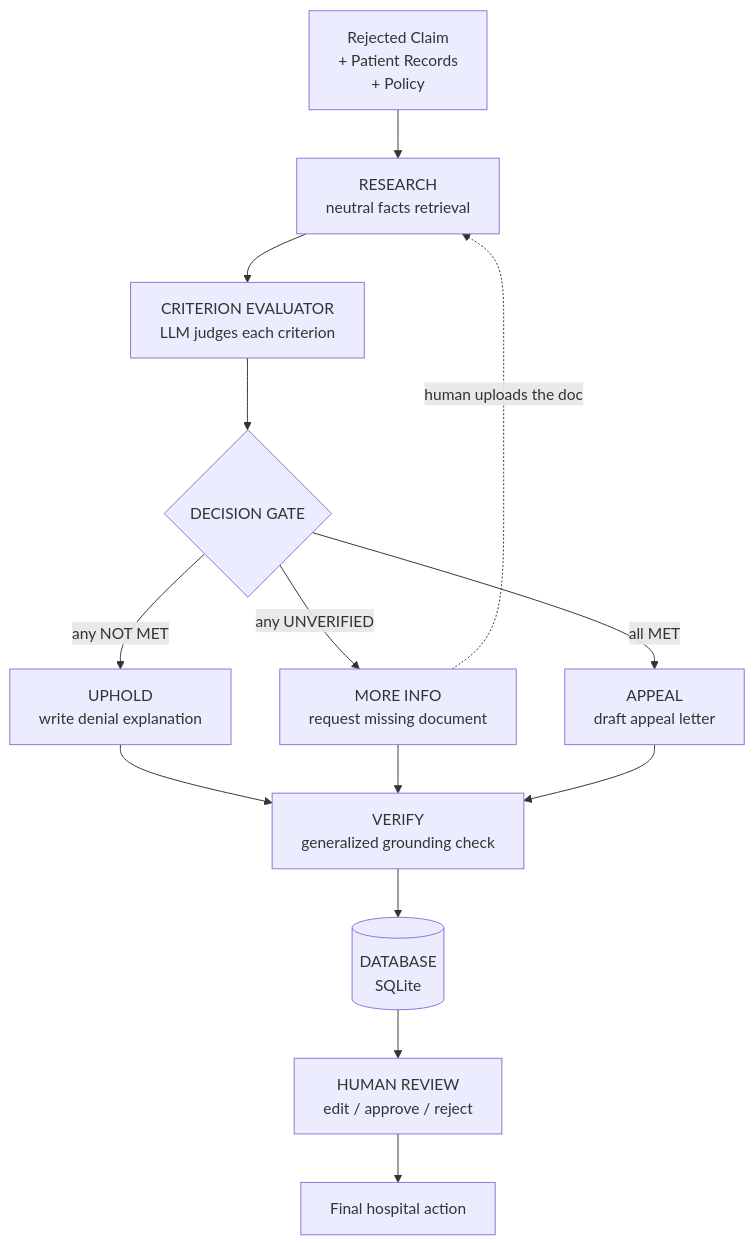
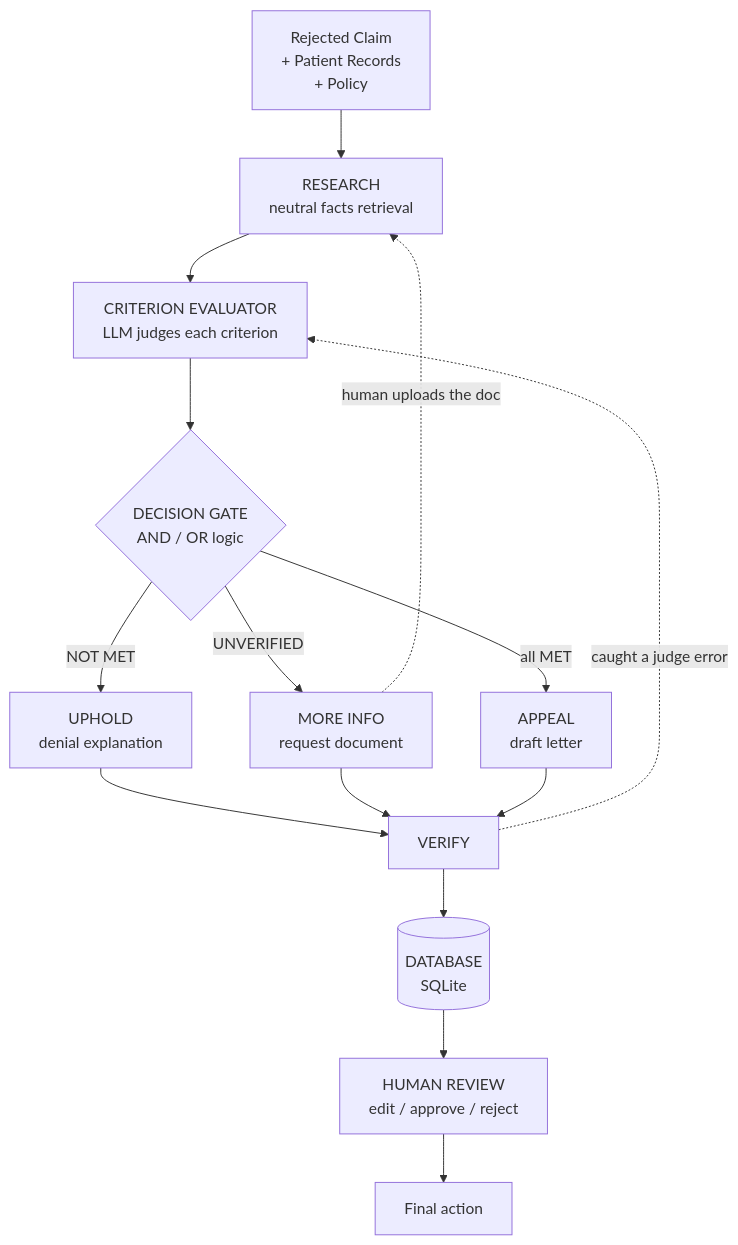
The diagram in README.md (myselfkris/Insurance-Claim-Analysis-Agent-), drawn with Mermaid before and after one commit. The commit also changed other lines of this file and 24 other files, not shown here.

Commit message:
Add hybrid retrieval, evaluator/request/uphold agents, and extended synthetic data

````diff
--- a/README.md
+++ b/README.md
@@ -26,16 +26,17 @@
 ```mermaid
 flowchart TD
     A[Rejected Claim<br/>+ Patient Records<br/>+ Policy] --> B[RESEARCH<br/>neutral facts retrieval]
     B --> C[CRITERION EVALUATOR<br/>LLM judges each criterion]
-    C --> D{DECISION GATE}
-    D -->|any NOT MET| E[UPHOLD<br/>write denial explanation]
-    D -->|any UNVERIFIED| F[MORE INFO<br/>request missing document]
-    D -->|all MET| G[APPEAL<br/>draft appeal letter]
-    E --> H[VERIFY<br/>generalized grounding check]
+    C --> D{DECISION GATE<br/>AND / OR logic}
+    D -->|NOT MET| E[UPHOLD<br/>denial explanation]
+    D -->|UNVERIFIED| F[MORE INFO<br/>request document]
+    D -->|all MET| G[APPEAL<br/>draft letter]
+    E --> H[VERIFY]
     F --> H
     G --> H
+    H -.->|caught a judge error| C
     F -.->|human uploads the doc| B
     H --> I[(DATABASE<br/>SQLite)]
     I --> J[HUMAN REVIEW<br/>edit / approve / reject]
-    J --> K[Final hospital action]
+    J --> K[Final action]
 ```
````
